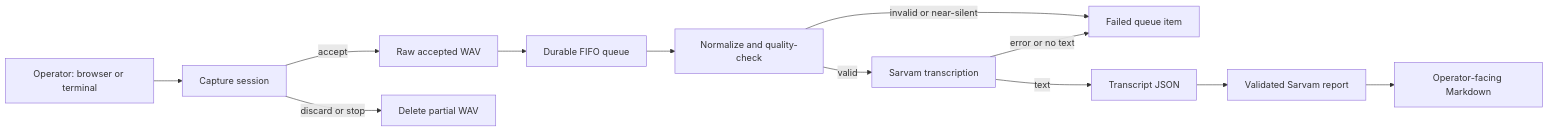
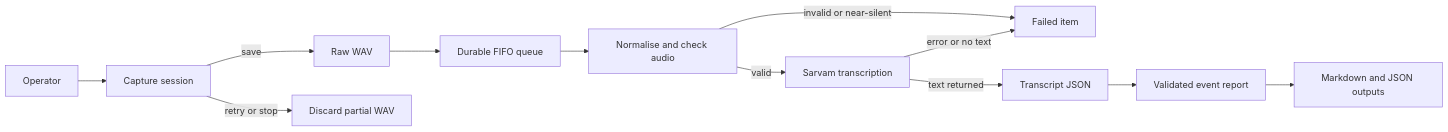
Before and after one commit to vishal24p/event-lens: the diagram in docs/architecture.md, drawn with Mermaid. The commit also changed other lines of this file and 23 other files, not shown here.

````diff
--- a/docs/architecture.md
+++ b/docs/architecture.md
@@ -11,14 +7,14 @@
 ```mermaid
 flowchart LR
-    Operator["Operator: browser or terminal"] --> Capture["Capture session"]
-    Capture -->|"accept"| Raw["Raw accepted WAV"]
-    Capture -->|"discard or stop"| Drop["Delete partial WAV"]
-    Raw --> Queue["Durable FIFO queue"]
-    Queue --> Normalize["Normalize and quality-check"]
-    Normalize -->|"valid"| STT["Sarvam transcription"]
-    Normalize -->|"invalid or near-silent"| Failed["Failed queue item"]
-    STT -->|"text"| Transcript["Transcript JSON"]
-    STT -->|"error or no text"| Failed
-    Transcript --> Report["Validated Sarvam report"]
-    Report --> Markdown["Operator-facing Markdown"]
+    A["Operator"] --> B["Capture session"]
+    B -->|"save"| C["Raw WAV"]
+    B -->|"retry or stop"| D["Discard partial WAV"]
+    C --> E["Durable FIFO queue"]
+    E --> F["Normalise and check audio"]
+    F -->|"valid"| G["Sarvam transcription"]
+    F -->|"invalid or near-silent"| H["Failed item"]
+    G -->|"text returned"| I["Transcript JSON"]
+    G -->|"error or no text"| H
+    I --> J["Validated event report"]
+    J --> K["Markdown and JSON outputs"]
 ```
````
